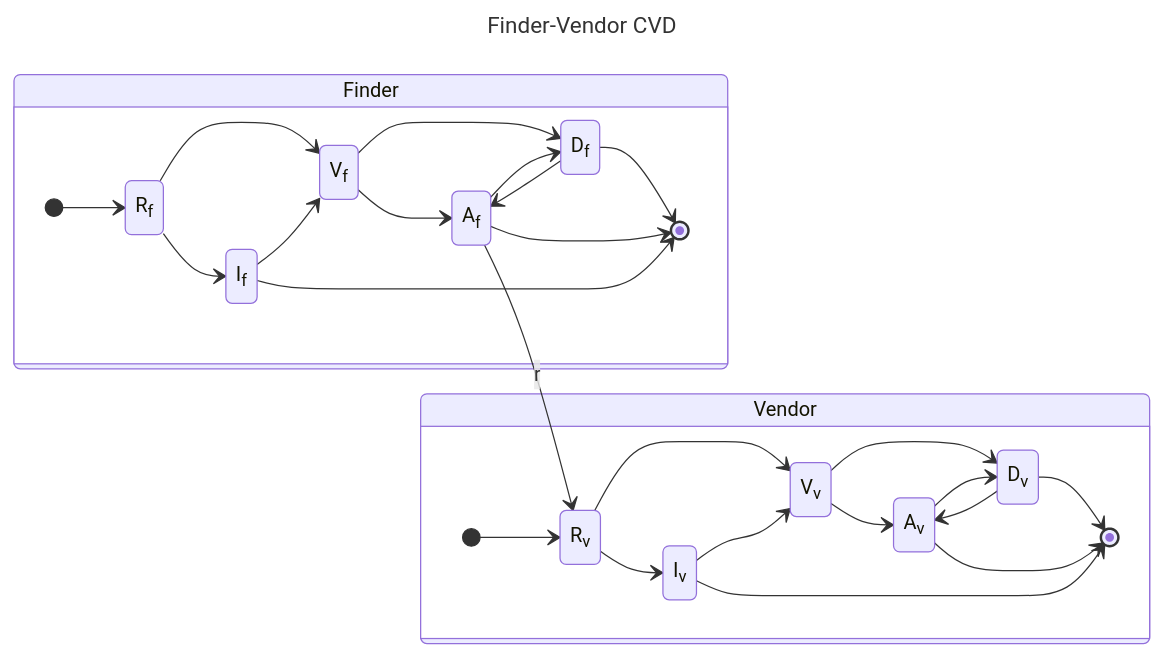
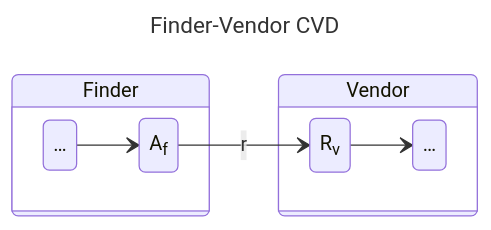
Before and after one commit to CERTCC/Vultron: the second of 8 diagrams in docs/topics/process_models/rm/rm_interactions.md, drawn with Mermaid. The commit also changed other lines of this file and 44 other files, not shown here.

````diff
--- a/docs/topics/process_models/rm/rm_interactions.md
+++ b/docs/topics/process_models/rm/rm_interactions.md
@@ -91,46 +85,20 @@
 ```mermaid
 ---
 title: Finder-Vendor CVD
 ---
 stateDiagram-v2
     direction LR
     state Finder {
         direction LR
-        R: R<sub>f</sub>
-        I: I<sub>f</sub>
-        V: V<sub>f</sub>
-        A: A<sub>f</sub>
-        D: D<sub>f</sub>
-        [*] --> R
-        R --> I
-        R --> V
-        I --> V
-        V --> A
-        V --> D
-        A --> D
-        D --> A
-        D --> [*]
-        A --> [*]
-        I --> [*]
+        Af: A<sub>f</sub>
+        fprior: …
+        fprior --> Af
     }
     state Vendor {
         direction LR
-        RV:R<sub>v</sub>
-        IV:I<sub>v</sub>
-        VV:V<sub>v</sub>
-        AV:A<sub>v</sub>
-        DV:D<sub>v</sub>
-        [*] --> RV
-        RV --> IV
-        RV --> VV
-        IV --> VV
-        VV --> AV
-        VV --> DV
-        AV --> DV
-        DV --> AV
-        DV --> [*]
-        AV --> [*]
-        IV --> [*]
+        Rv: R<sub>v</sub>
+        vafter: …
+        Rv --> vafter
     }
-    A --> RV: r
+    Af --> Rv: r
 ```
````
